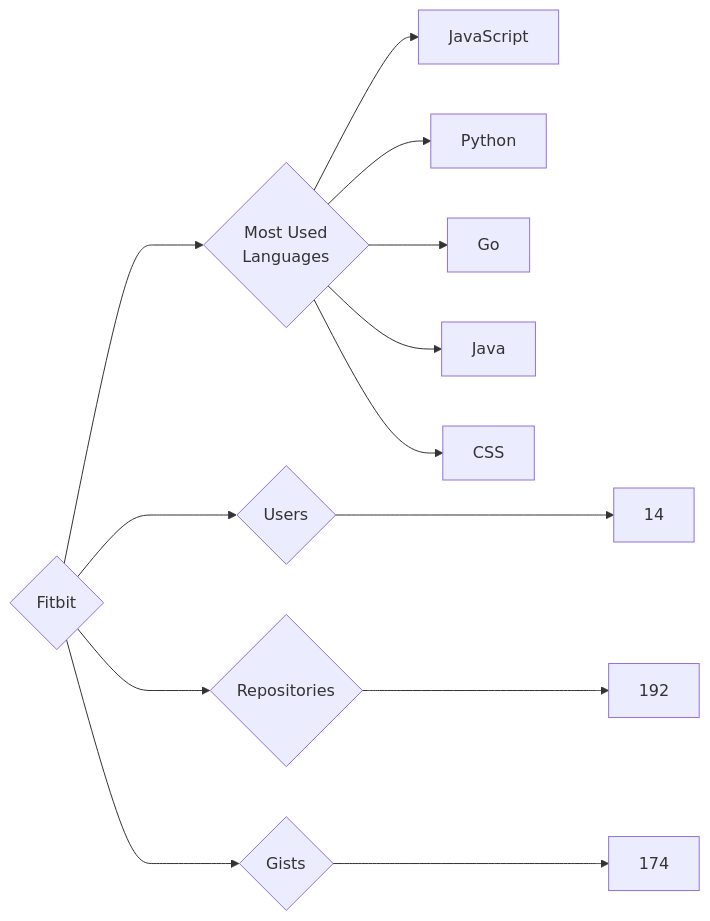
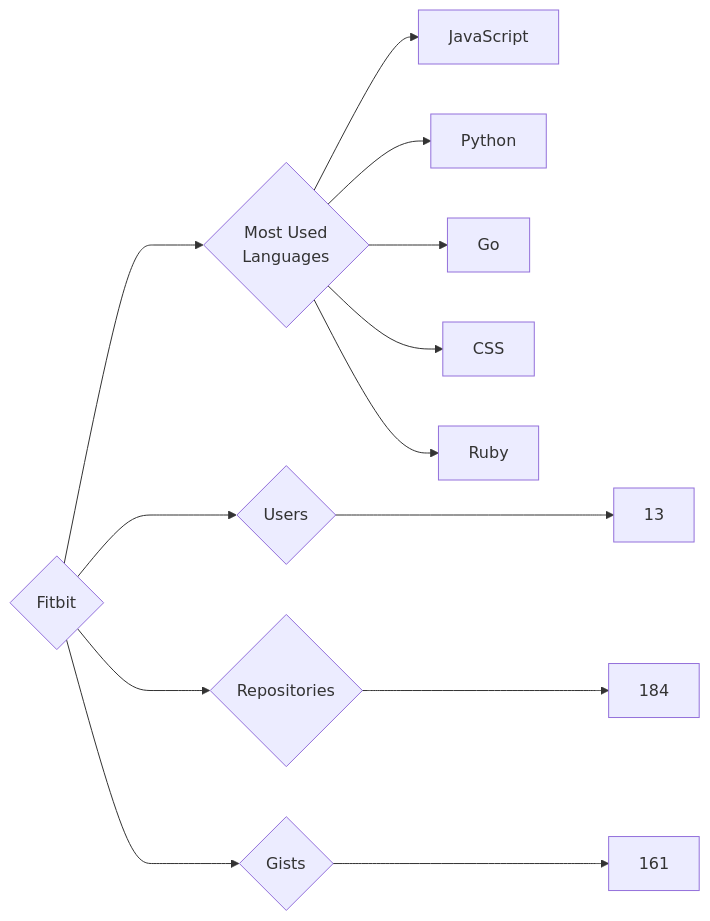
One commit to trickest/insiders changed the diagram in targets/Fitbit/README.md. Above: the diagram before and after it, drawn with Mermaid. The commit also changed 1195 other files, not shown here.

````diff
--- a/targets/Fitbit/README.md
+++ b/targets/Fitbit/README.md
@@ -3,13 +3,13 @@
 ```mermaid
 graph LR
 COMPANY_NAME{Fitbit}
-COMPANY_NAME ---> U{Users} ---> UN[14]
-COMPANY_NAME ---> R{Repositories} ---> RN[192]
-COMPANY_NAME ---> G{Gists} ---> GN[174]
+COMPANY_NAME ---> U{Users} ---> UN[13]
+COMPANY_NAME ---> R{Repositories} ---> RN[184]
+COMPANY_NAME ---> G{Gists} ---> GN[161]
 COMPANY_NAME ---> ML{Most Used<br>Languages}
 ML --> JavaScript[JavaScript]
 ML --> Python[Python]
 ML --> Go[Go]
-ML --> Java[Java]
 ML --> CSS[CSS]
+ML --> Ruby[Ruby]
 ```
````
